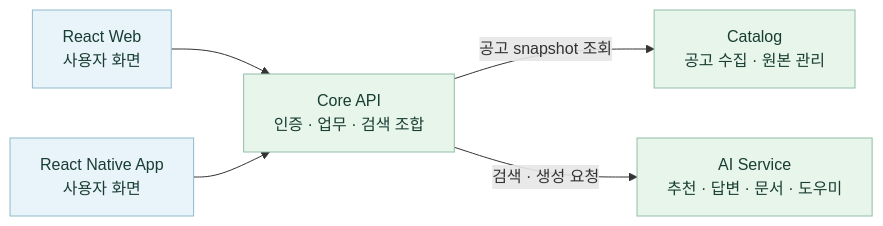
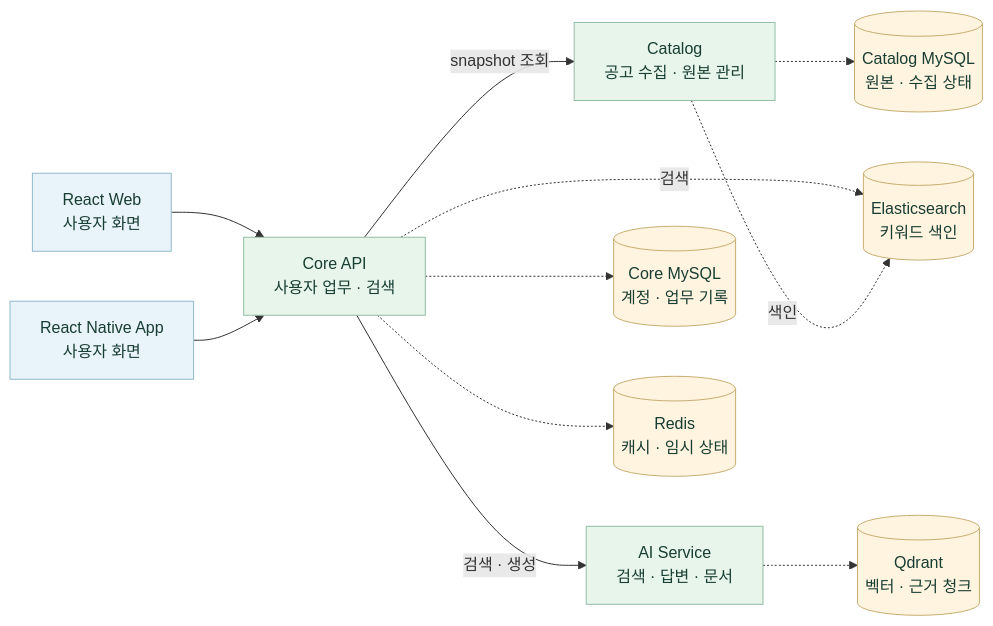
The third of 7 diagrams in README.md (20220348-kim/SKN34-4th-1Team), drawn with Mermaid before and after one commit. The commit also changed other lines of this file, not shown here.

````diff
--- a/README.md
+++ b/README.md
@@ -137,11 +137,19 @@
 ```mermaid
 flowchart LR
-    Web["React Web<br/>사용자 화면"] --> Core["Core API<br/>인증 · 업무 · 검색 조합"]
+    Web["React Web<br/>사용자 화면"] --> Core["Core API<br/>사용자 업무 · 검색"]
     Mobile["React Native App<br/>사용자 화면"] --> Core
-    Core -->|공고 snapshot 조회| Catalog["Catalog<br/>공고 수집 · 원본 관리"]
-    Core -->|검색 · 생성 요청| AI["AI Service<br/>추천 · 답변 · 문서 · 도우미"]
+    Core -->|snapshot 조회| Catalog["Catalog<br/>공고 수집 · 원본 관리"]
+    Core -->|검색 · 생성| AI["AI Service<br/>검색 · 답변 · 문서"]
+    Core -.-> CoreDB[("Core MySQL<br/>계정 · 업무 기록")]
+    Catalog -.-> CatalogDB[("Catalog MySQL<br/>원본 · 수집 상태")]
+    AI -.-> Qdrant[("Qdrant<br/>벡터 · 근거 청크")]
+    Core -. 검색 .-> Elastic[("Elasticsearch<br/>키워드 색인")]
+    Catalog -. 색인 .-> Elastic
+    Core -.-> Redis[("Redis<br/>캐시 · 임시 상태")]
     classDef client fill:#e8f3fa,stroke:#91b9cd,color:#183d32
     classDef service fill:#e7f5eb,stroke:#92bda6,color:#183d32
+    classDef storage fill:#fff4df,stroke:#c8ad72,color:#183d32
     class Web,Mobile client
     class Core,Catalog,AI service
+    class CoreDB,CatalogDB,Qdrant,Elastic,Redis storage
 ```
````
